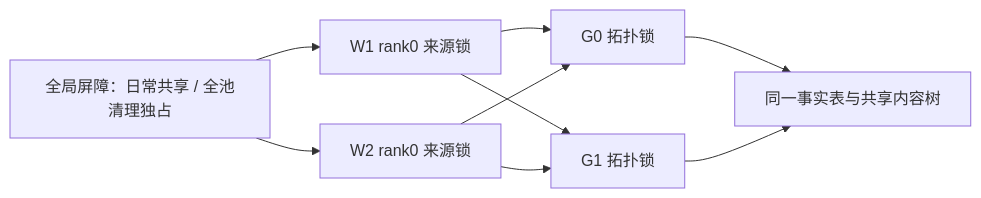
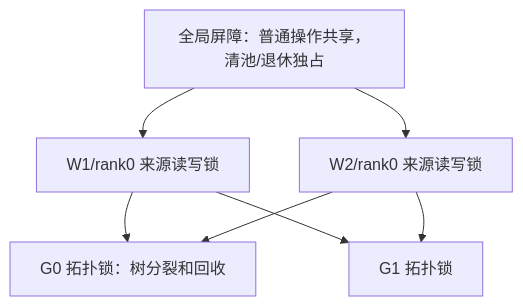
Before and after one commit to vllm-project/router: the seventh of 9 diagrams in docs/unified-kv-index.md, drawn with Mermaid. The commit also changed other lines of this file, not shown here.

````diff
--- a/docs/unified-kv-index.md
+++ b/docs/unified-kv-index.md
@@ -87,11 +339,9 @@
 ```mermaid
-flowchart LR
-  B[全局屏障：日常共享 / 全池清理独占] --> W1[W1 rank0 来源锁]
-  B --> W2[W2 rank0 来源锁]
-  W1 --> G0[G0 拓扑锁]
+flowchart TB
+  B[全局屏障：普通操作共享，清池/退休独占] --> W1[W1/rank0 来源读写锁]
+  B --> W2[W2/rank0 来源读写锁]
+  W1 --> G0[G0 拓扑锁：树分裂和回收]
   W1 --> G1[G1 拓扑锁]
   W2 --> G0
   W2 --> G1
-  G0 --> F[同一事实表与共享内容树]
-  G1 --> F
 ```
````
